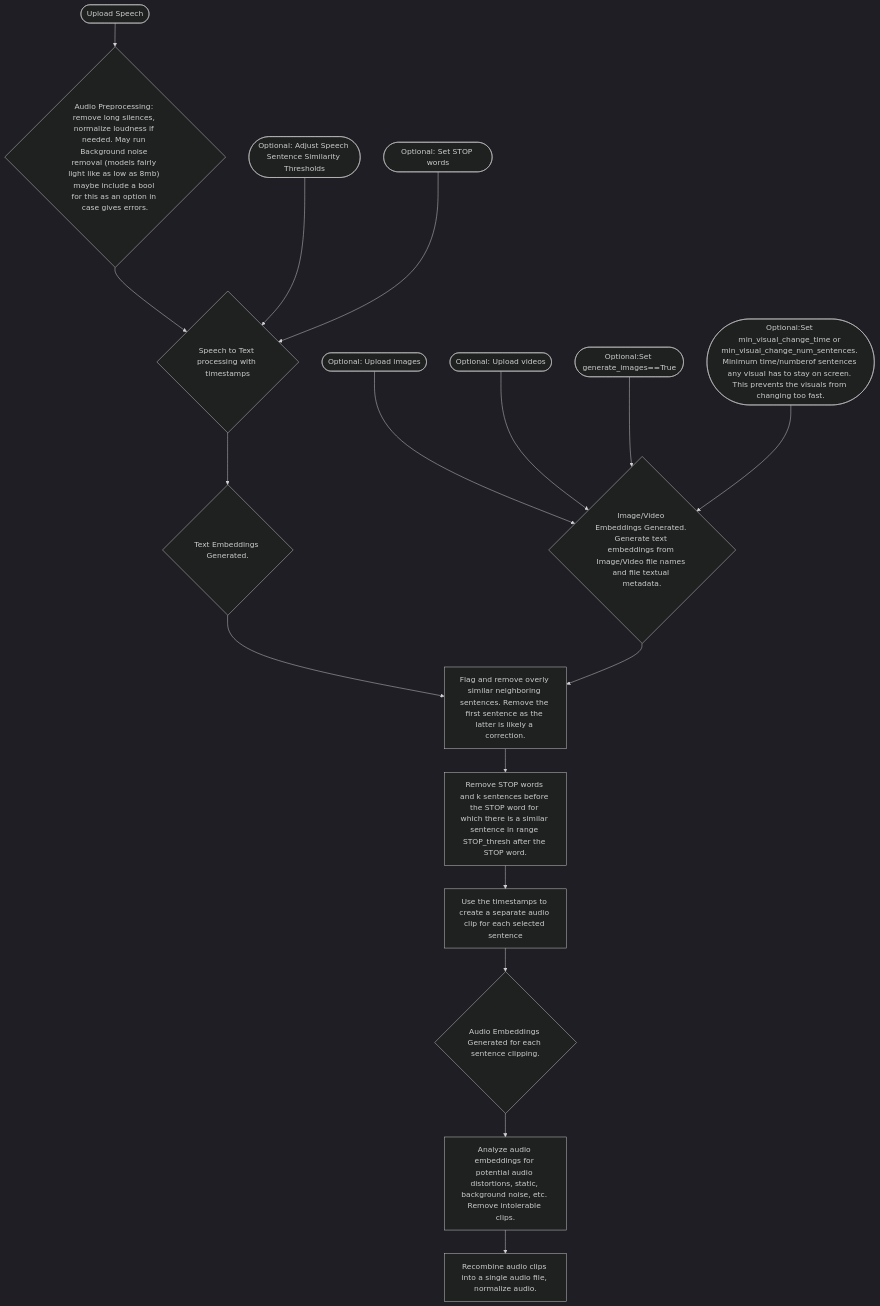
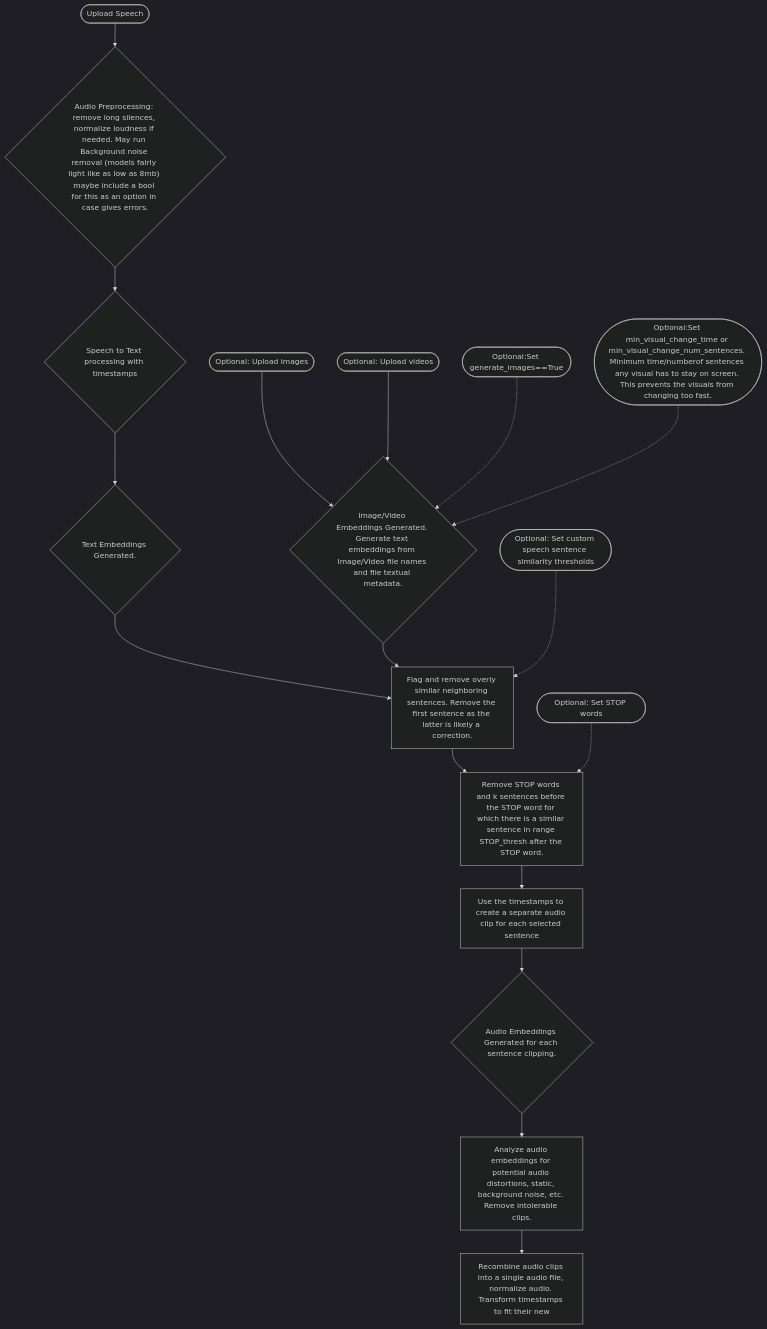
One commit to GeorgeDavila/yappy-video-editor changed the diagram in README.md. Above: the diagram before and after it, drawn with Mermaid (dark theme).

Commit message:
mermaid diagram editing

````diff
--- a/README.md
+++ b/README.md
@@ -9,27 +9,27 @@
 ```mermaid
 graph TD;
     AUDIO_UPLOAD(["Upload Speech"])-->AUDIO_PREPROCESSING{"Audio Preprocessing: remove long silences, normalize loudness if needed. May run Background noise removal (models fairly light like as low as 8mb) maybe include a bool for this as an option in case gives errors."};
     %% AUDIO_UPLOAD-->EMBED_AUDIO{"Audio Embeddings Generated."};
     AUDIO_PREPROCESSING-->STT_MODEL{"Speech to Text processing with timestamps"}
     STT_MODEL-->EMBED_TEXT{"Text Embeddings Generated."};
     IMAGE_UPLOAD(["Optional: Upload images"])-->EMBED_IMAGE_VIDEO{"Image/Video Embeddings Generated. Generate text embeddings from Image/Video file names and file textual metadata."};
     VIDEO_UPLOAD(["Optional: Upload videos"])-->EMBED_IMAGE_VIDEO;
 
     EMBED_TEXT-->AUDIO_SIMILARITY["Flag and remove overly similar neighboring sentences. Remove the first sentence as the latter is likely a correction."];
     AUDIO_SIMILARITY-->AUDIO_STOP["Remove STOP words and k sentences before the STOP word for which there is a similar sentence in range STOP_thresh after the STOP word."];
 
     %% AUDIO_STOP-->AUDIO_AGENT["Now that we have our core audio we can inject prompts into the pipeline to remove unwanted topics or whatever"];
     
     AUDIO_STOP-->AUDIO_CLIPPING["Use the timestamps to create a separate audio clip for each selected sentence"];
     AUDIO_CLIPPING-->EMBED_AUDIO{"Audio Embeddings Generated for each sentence clipping."};
     EMBED_AUDIO-->AUDIO_ANALYSIS["Analyze audio embeddings for potential audio distortions, static, background noise, etc. Remove intolerable clips."]
 
-    AUDIO_ANALYSIS-->AUDIO_POSTPROCESSING["Recombine audio clips into a single audio file, normalize audio."]
+    AUDIO_ANALYSIS-->AUDIO_POSTPROCESSING["Recombine audio clips into a single audio file, normalize audio. Transform timestamps to fit their new"]
     EMBED_IMAGE_VIDEO-->AUDIO_SIMILARITY;
     
-    PARAM1(["Optional: Adjust Speech Sentence Similarity Thresholds"])-->STT_MODEL;
-    PARAM2(["Optional: Set STOP words"])-->STT_MODEL;
-    PARAM3(["Optional:Set generate_images==True"])-->EMBED_IMAGE_VIDEO;
-    PARAM4(["Optional:Set min_visual_change_time or min_visual_change_num_sentences. Minimum time/numberof sentences any visual has to stay on screen. This prevents the visuals from changing too fast. "])-->EMBED_IMAGE_VIDEO;
+    PARAM1(["Optional: Set custom speech sentence similarity thresholds"])-.->AUDIO_SIMILARITY;
+    PARAM2(["Optional: Set STOP words"])-.->AUDIO_STOP;
+    PARAM3(["Optional:Set generate_images==True"])-.->EMBED_IMAGE_VIDEO;
+    PARAM4(["Optional:Set min_visual_change_time or min_visual_change_num_sentences. Minimum time/numberof sentences any visual has to stay on screen. This prevents the visuals from changing too fast. "])-.->EMBED_IMAGE_VIDEO;
 
 ```
````
